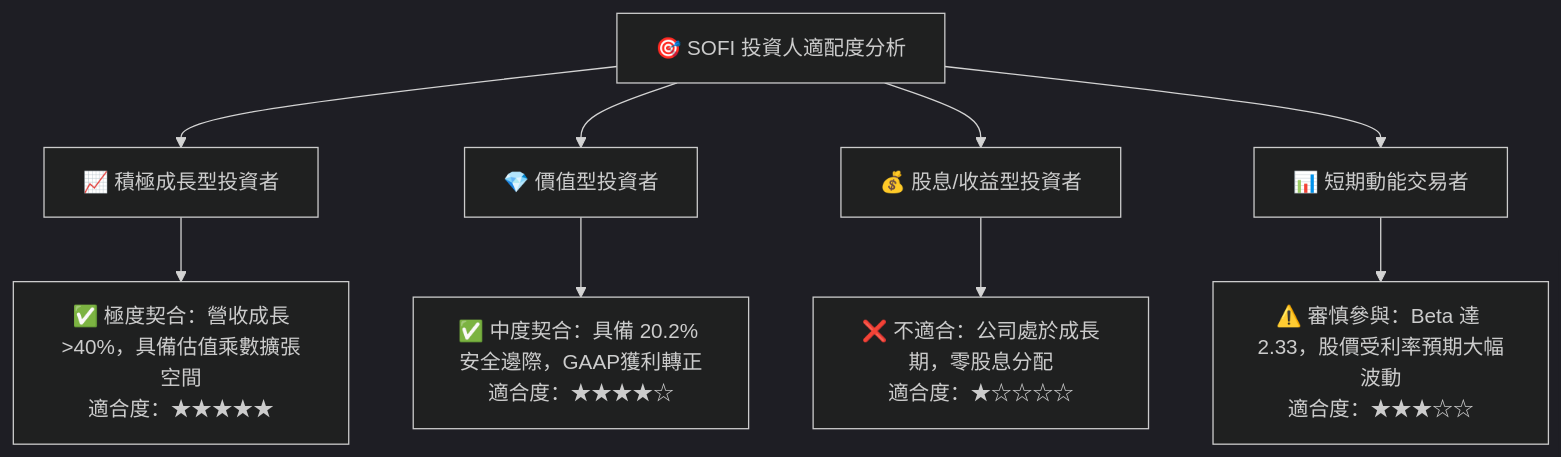
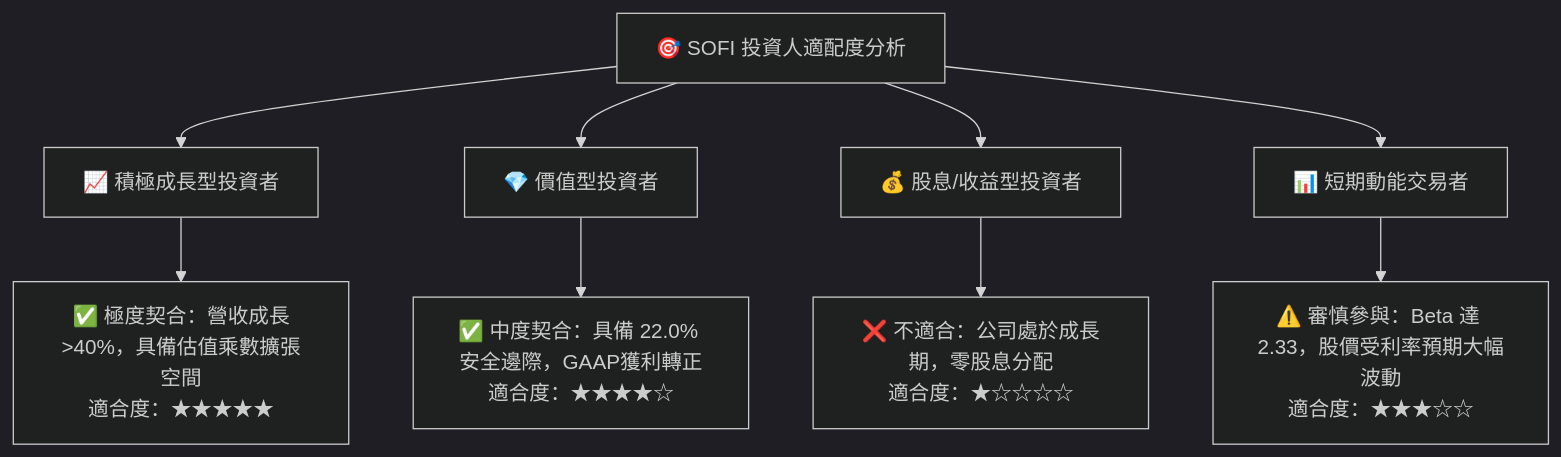
Diagram 15 of 15 in ai_gen_report/fundamental/sofi/fundamental_analysis_2026-10-21_gemini.md (yennanliu/finance_data), drawn with Mermaid (dark theme) before and after one commit. The commit also changed other lines of this file and 339 other files, not shown here.

````diff
--- a/ai_gen_report/fundamental/sofi/fundamental_analysis_2026-10-21_gemini.md
+++ b/ai_gen_report/fundamental/sofi/fundamental_analysis_2026-10-21_gemini.md
@@ -1034,14 +1049,14 @@
 ```mermaid
 graph TD
     INV["🎯 SOFI 投資人適配度分析"]
 
     INV --> G["📈 積極成長型投資者"]
     INV --> V["💎 價值型投資者"]
     INV --> D["💰 股息/收益型投資者"]
     INV --> T["📊 短期動能交易者"]
 
     G --> G1["✅ 極度契合：營收成長>40%，具備估值乘數擴張空間<br/>適合度：★★★★★"]
-    V --> V1["✅ 中度契合：具備 20.2% 安全邊際，GAAP獲利轉正<br/>適合度：★★★★☆"]
+    V --> V1["✅ 中度契合：具備 22.0% 安全邊際，GAAP獲利轉正<br/>適合度：★★★★☆"]
     D --> D1["❌ 不適合：公司處於成長期，零股息分配<br/>適合度：★☆☆☆☆"]
     T --> T1["⚠️ 審慎參與：Beta 達 2.33，股價受利率預期大幅波動<br/>適合度：★★★☆☆"]
 ```
````
